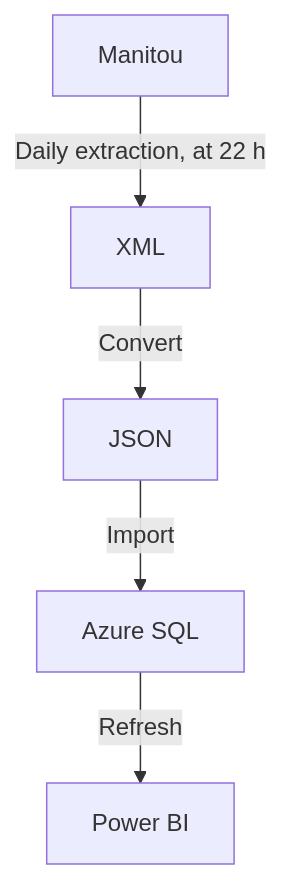
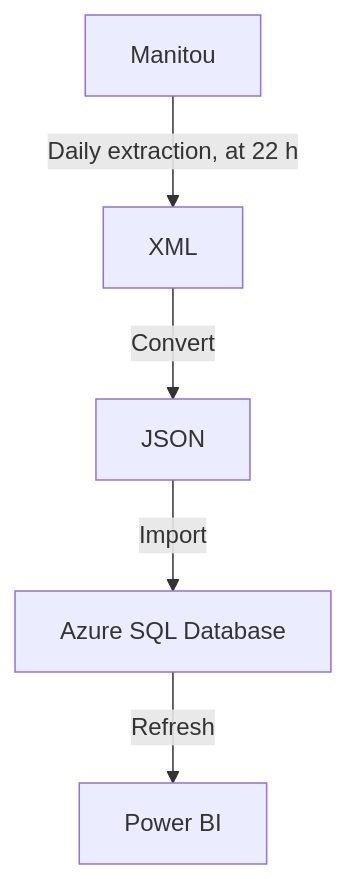
Before and after one commit to Simon-Charest/manitou: the diagram in README.md, drawn with Mermaid.

Commit message:
Small update

````diff
--- a/README.md
+++ b/README.md
@@ -21,7 +21,7 @@
 ```mermaid
 flowchart TD
     A[Manitou] -- Daily extraction, at 22 h --> B[XML]
     B[XML] -- Convert --> C[JSON]
     C[JSON] -- Import --> D[Azure SQL Database]
-    D[Azure SQL] -- Refresh --> E[Power BI]
+    D[Azure SQL Database] -- Refresh --> E[Power BI]
 ```
````
